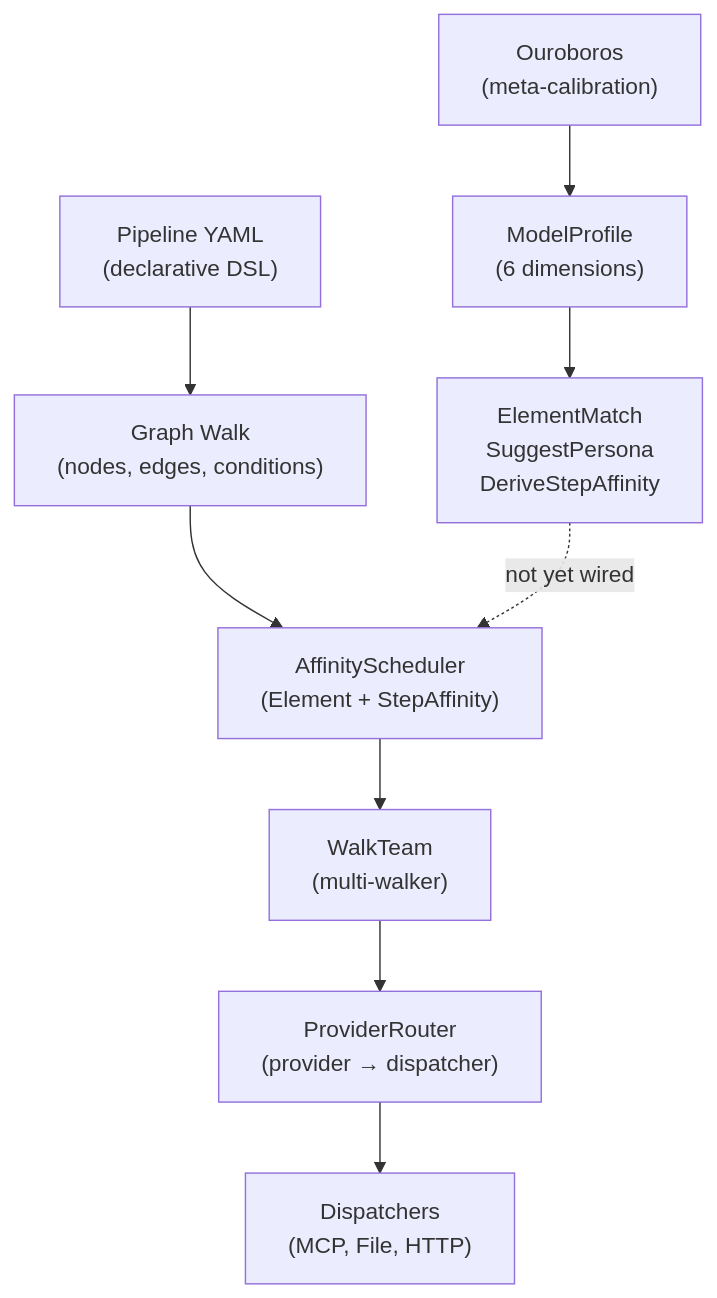
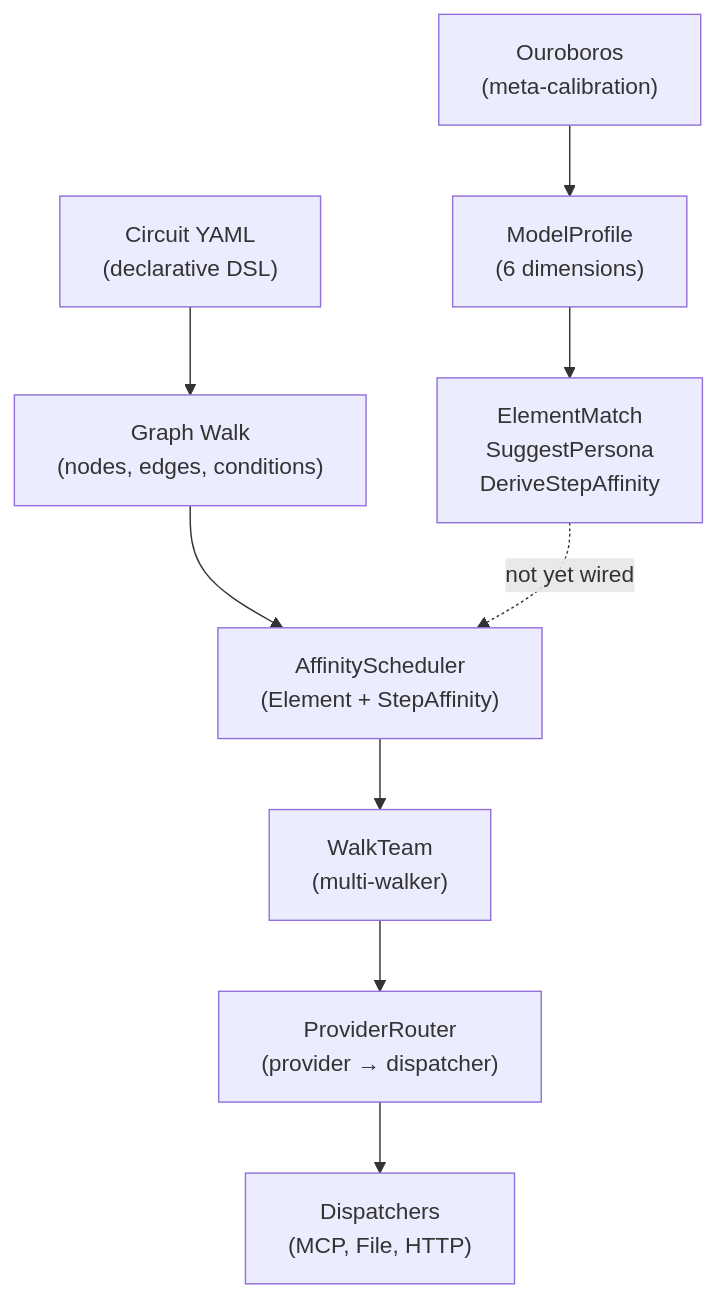
Before and after one commit to dpopsuev/origami: the second of 2 diagrams in .cursor/contracts/completed/analysis/case-study-omo-agentic-arms-race.md, drawn with Mermaid. The commit also changed other lines of this file and 315 other files, not shown here.

````diff
--- a/.cursor/contracts/completed/analysis/case-study-omo-agentic-arms-race.md
+++ b/.cursor/contracts/completed/analysis/case-study-omo-agentic-arms-race.md
@@ -42,12 +42,12 @@
 ```mermaid
 flowchart TD
-    YAML["Pipeline YAML\n(declarative DSL)"] --> Graph["Graph Walk\n(nodes, edges, conditions)"]
+    YAML["Circuit YAML\n(declarative DSL)"] --> Graph["Graph Walk\n(nodes, edges, conditions)"]
     Graph --> Sched["AffinityScheduler\n(Element + StepAffinity)"]
     Sched --> Team["WalkTeam\n(multi-walker)"]
     Team --> PR["ProviderRouter\n(provider → dispatcher)"]
     PR --> Dispatch["Dispatchers\n(MCP, File, HTTP)"]
 
     Ouroboros["Ouroboros\n(meta-calibration)"] --> Profile["ModelProfile\n(6 dimensions)"]
     Profile --> EM["ElementMatch\nSuggestPersona\nDeriveStepAffinity"]
     EM -.->|"not yet wired"| Sched
 ```
````
